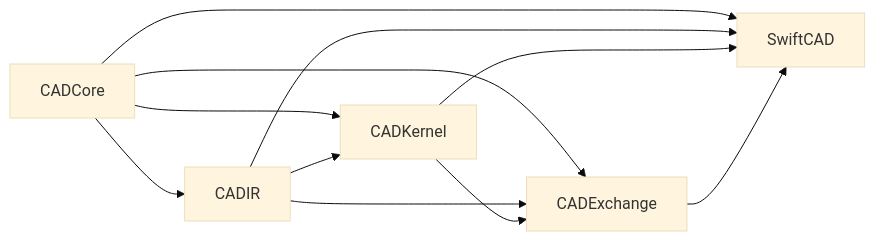
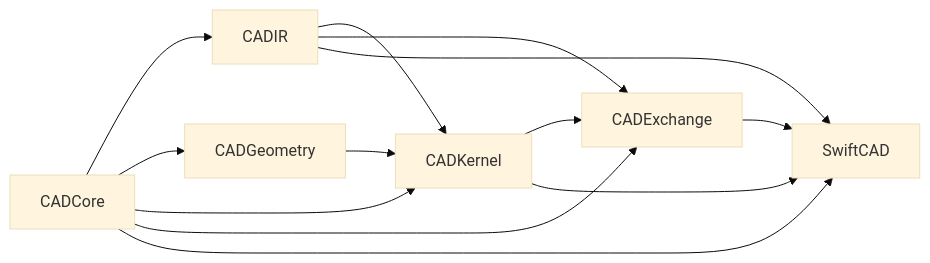
Before and after one commit to 1amageek/swift-CAD: the third of 8 diagrams in SPEC.md, drawn with Mermaid (base theme). The commit also changed other lines of this file and 110 other files, not shown here.

````diff
--- a/SPEC.md
+++ b/SPEC.md
@@ -82,13 +86,15 @@
 ```mermaid
 flowchart LR
     CADCore["CADCore"] --> CADIR["CADIR"]
+    CADCore --> CADGeometry["CADGeometry"]
     CADCore --> CADKernel["CADKernel"]
+    CADGeometry --> CADKernel
     CADCore --> CADExchange["CADExchange"]
     CADIR --> CADKernel["CADKernel"]
     CADIR --> CADExchange["CADExchange"]
     CADKernel --> CADExchange
     CADCore --> SwiftCAD["SwiftCAD"]
     CADIR --> SwiftCAD
     CADKernel --> SwiftCAD
     CADExchange --> SwiftCAD
 ```
````
